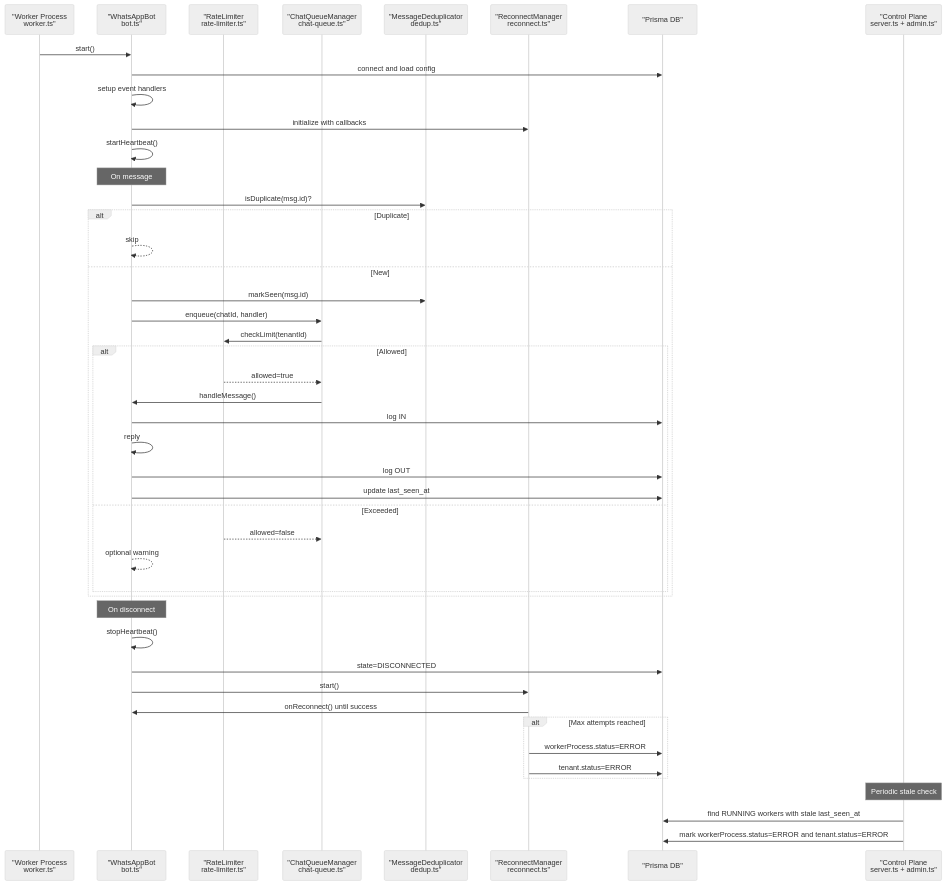
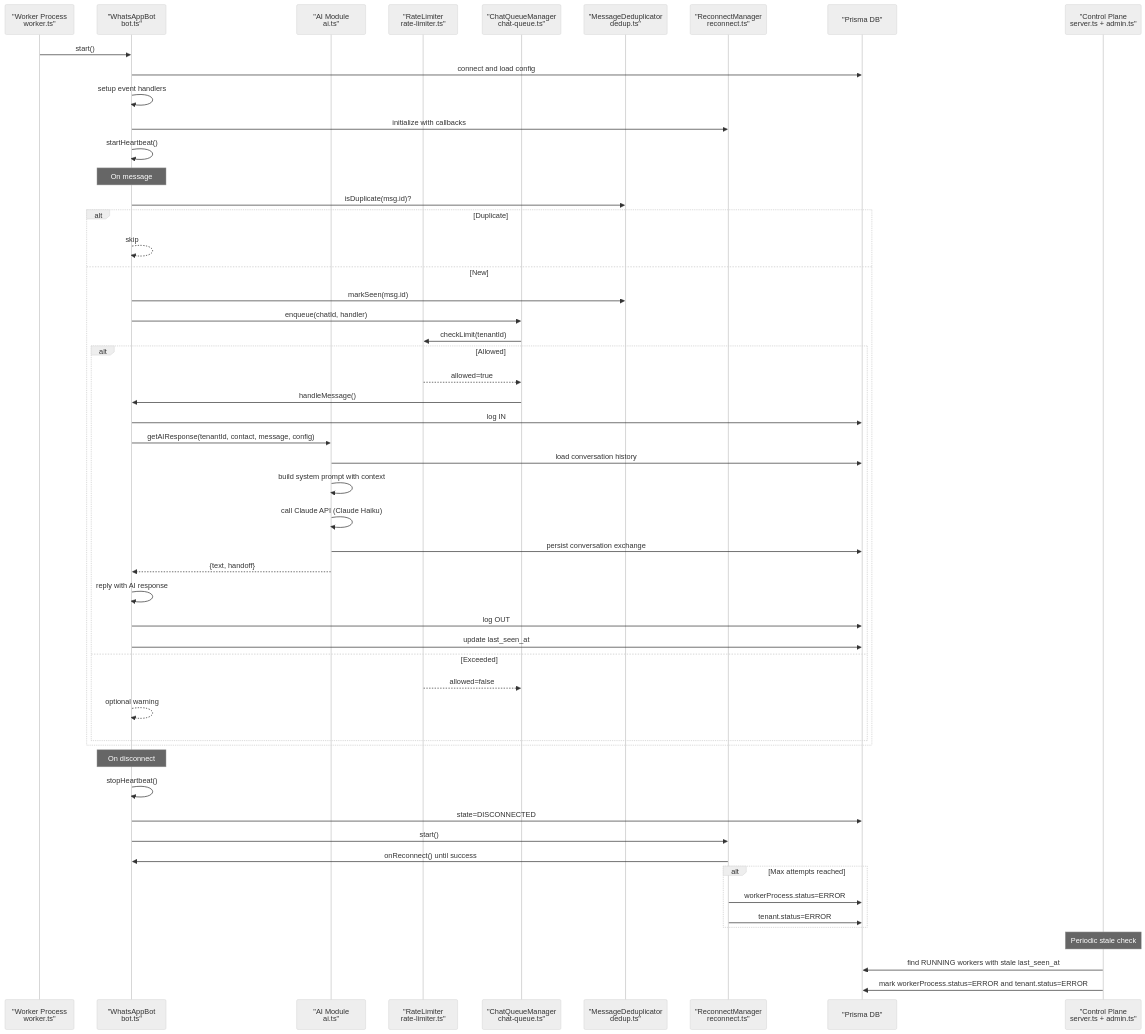
One commit to askchiwa-spec/FLOW-HQ-BOT changed the second of 10 diagrams in .qoder/repowiki/en/content/Worker Utilities/Worker Utilities.md. Above: the diagram before and after it, drawn with Mermaid (neutral theme). The commit also changed other lines of this file and 27 other files, not shown here.

````diff
--- a/.qoder/repowiki/en/content/Worker Utilities/Worker Utilities.md
+++ b/.qoder/repowiki/en/content/Worker Utilities/Worker Utilities.md
@@ -107,48 +129,55 @@
 ```mermaid
 sequenceDiagram
 participant WP as "Worker Process<br/>worker.ts"
 participant Bot as "WhatsAppBot<br/>bot.ts"
+participant AI as "AI Module<br/>ai.ts"
 participant RL as "RateLimiter<br/>rate-limiter.ts"
 participant CQ as "ChatQueueManager<br/>chat-queue.ts"
 participant DD as "MessageDeduplicator<br/>dedup.ts"
 participant RM as "ReconnectManager<br/>reconnect.ts"
 participant DB as "Prisma DB"
 participant CP as "Control Plane<br/>server.ts + admin.ts"
 WP->>Bot : start()
 Bot->>DB : connect and load config
 Bot->>Bot : setup event handlers
 Bot->>RM : initialize with callbacks
 Bot->>Bot : startHeartbeat()
 Note over Bot : On message
 Bot->>DD : isDuplicate(msg.id)?
 alt Duplicate
 Bot-->>Bot : skip
 else New
 Bot->>DD : markSeen(msg.id)
 Bot->>CQ : enqueue(chatId, handler)
 CQ->>RL : checkLimit(tenantId)
 alt Allowed
 RL-->>CQ : allowed=true
 CQ->>Bot : handleMessage()
 Bot->>DB : log IN
-Bot->>Bot : reply
+Bot->>AI : getAIResponse(tenantId, contact, message, config)
+AI->>DB : load conversation history
+AI->>AI : build system prompt with context
+AI->>AI : call Claude API (Claude Haiku)
+AI->>DB : persist conversation exchange
+AI-->>Bot : {text, handoff}
+Bot->>Bot : reply with AI response
 Bot->>DB : log OUT
 Bot->>DB : update last_seen_at
 else Exceeded
 RL-->>CQ : allowed=false
 Bot-->>Bot : optional warning
 end
 end
 Note over Bot : On disconnect
 Bot->>Bot : stopHeartbeat()
 Bot->>DB : state=DISCONNECTED
 Bot->>RM : start()
 RM->>Bot : onReconnect() until success
 alt Max attempts reached
 RM->>DB : workerProcess.status=ERROR
 RM->>DB : tenant.status=ERROR
 end
 Note over CP : Periodic stale check
 CP->>DB : find RUNNING workers with stale last_seen_at
 CP->>DB : mark workerProcess.status=ERROR and tenant.status=ERROR
 ```
````
